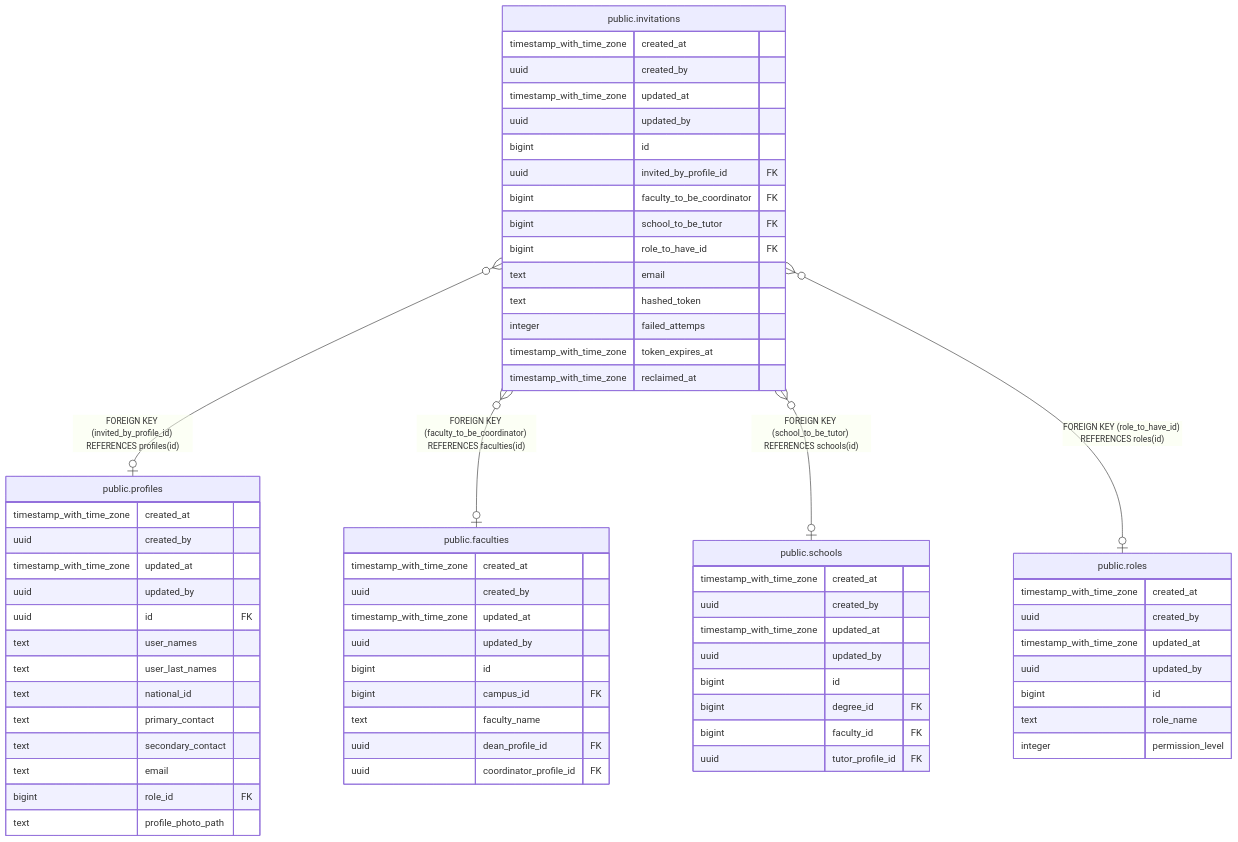
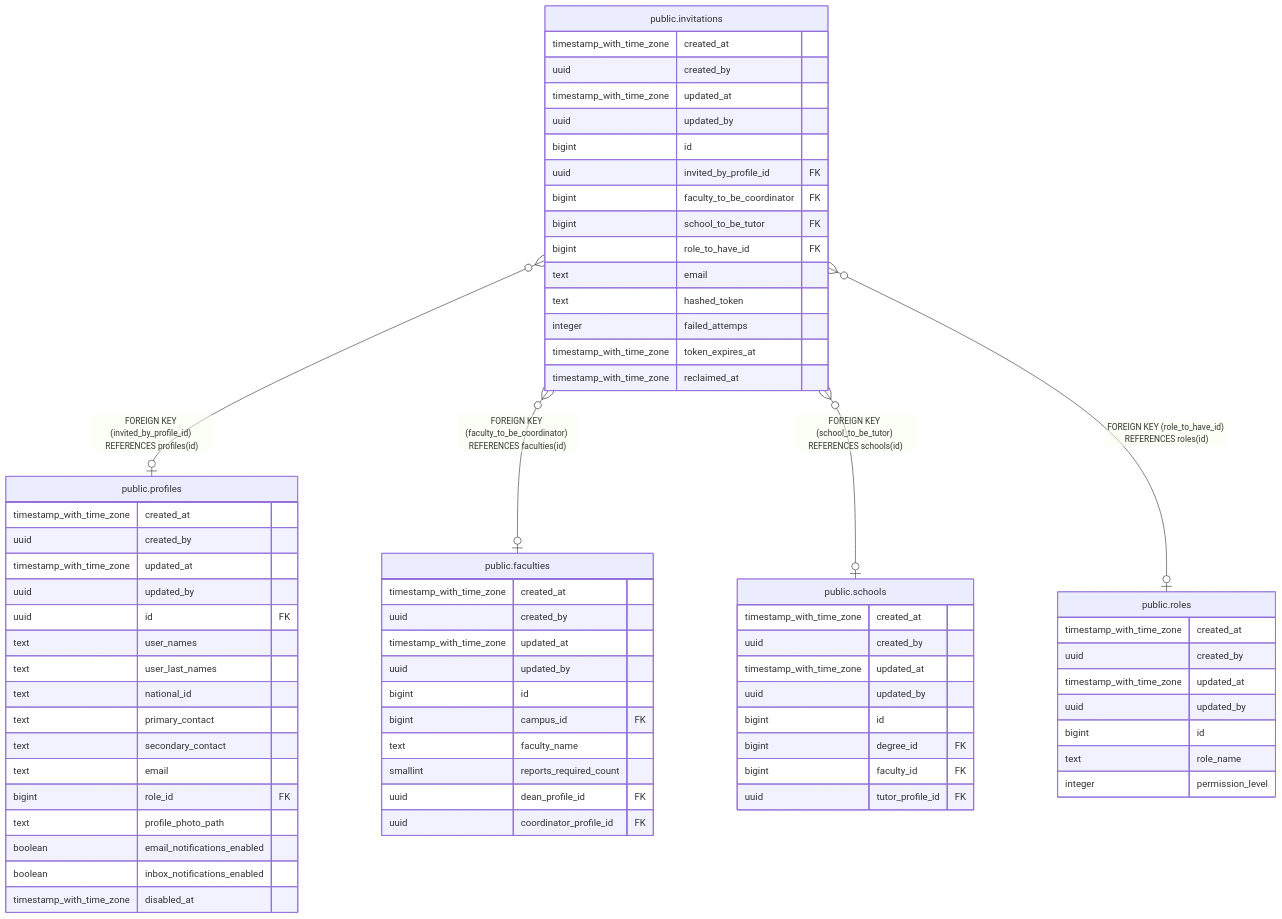
Before and after one commit to icristianhernandez/academic-service-backend: the diagram in docs/db/tbls/public.invitations.md, drawn with Mermaid. The commit also changed 27 other files, not shown here.

````diff
--- a/docs/db/tbls/public.invitations.md
+++ b/docs/db/tbls/public.invitations.md
@@ -53,70 +53,74 @@
 ```mermaid
 erDiagram
 
 "public.invitations" }o--o| "public.profiles" : "FOREIGN KEY (invited_by_profile_id) REFERENCES profiles(id)"
 "public.invitations" }o--o| "public.faculties" : "FOREIGN KEY (faculty_to_be_coordinator) REFERENCES faculties(id)"
 "public.invitations" }o--o| "public.schools" : "FOREIGN KEY (school_to_be_tutor) REFERENCES schools(id)"
 "public.invitations" }o--o| "public.roles" : "FOREIGN KEY (role_to_have_id) REFERENCES roles(id)"
 
 "public.invitations" {
   timestamp_with_time_zone created_at ""
   uuid created_by ""
   timestamp_with_time_zone updated_at ""
   uuid updated_by ""
   bigint id ""
   uuid invited_by_profile_id FK ""
   bigint faculty_to_be_coordinator FK ""
   bigint school_to_be_tutor FK ""
   bigint role_to_have_id FK ""
   text email ""
   text hashed_token ""
   integer failed_attemps ""
   timestamp_with_time_zone token_expires_at ""
   timestamp_with_time_zone reclaimed_at ""
 }
 "public.profiles" {
   timestamp_with_time_zone created_at ""
   uuid created_by ""
   timestamp_with_time_zone updated_at ""
   uuid updated_by ""
   uuid id FK ""
   text user_names ""
   text user_last_names ""
   text national_id ""
   text primary_contact ""
   text secondary_contact ""
   text email ""
   bigint role_id FK ""
   text profile_photo_path ""
+  boolean email_notifications_enabled ""
+  boolean inbox_notifications_enabled ""
+  timestamp_with_time_zone disabled_at ""
 }
 "public.faculties" {
   timestamp_with_time_zone created_at ""
   uuid created_by ""
   timestamp_with_time_zone updated_at ""
   uuid updated_by ""
   bigint id ""
   bigint campus_id FK ""
   text faculty_name ""
+  smallint reports_required_count ""
   uuid dean_profile_id FK ""
   uuid coordinator_profile_id FK ""
 }
 "public.schools" {
   timestamp_with_time_zone created_at ""
   uuid created_by ""
   timestamp_with_time_zone updated_at ""
   uuid updated_by ""
   bigint id ""
   bigint degree_id FK ""
   bigint faculty_id FK ""
   uuid tutor_profile_id FK ""
 }
 "public.roles" {
   timestamp_with_time_zone created_at ""
   uuid created_by ""
   timestamp_with_time_zone updated_at ""
   uuid updated_by ""
   bigint id ""
   text role_name ""
   integer permission_level ""
 }
 ```
````
